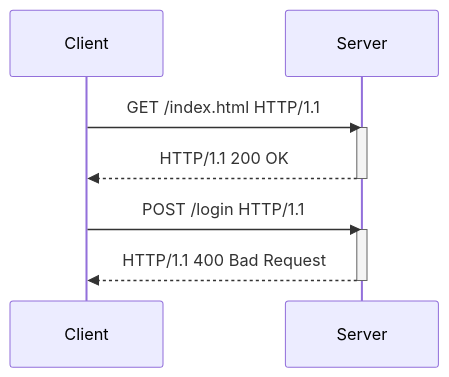
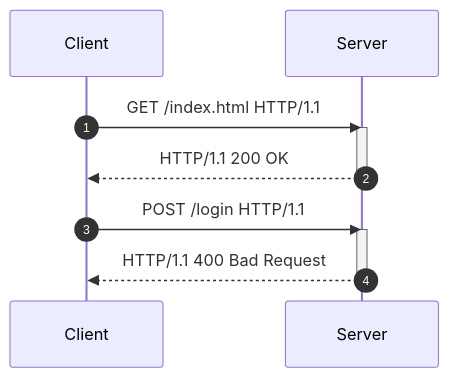
One commit to richardnguyen99/www.richardhnguyen.com changed the diagram in src/posts/how-http-works.mdx. Above: the diagram before and after it, drawn with Mermaid. The commit also changed 2 other files, not shown here.

Commit message:
feat: add CSS styles for mermaidjs diagrams

````diff
--- a/src/posts/how-http-works.mdx
+++ b/src/posts/how-http-works.mdx
@@ -41,11 +41,12 @@
 ```mermaid
 sequenceDiagram
+    autonumber
     Client->>Server: GET /index.html HTTP/1.1
     activate Server
     Server-->>Client: HTTP/1.1 200 OK
     deactivate Server
     Client->>Server: POST /login HTTP/1.1
     activate Server
     Server-->>Client: HTTP/1.1 400 Bad Request
     deactivate Server
 ```
````
